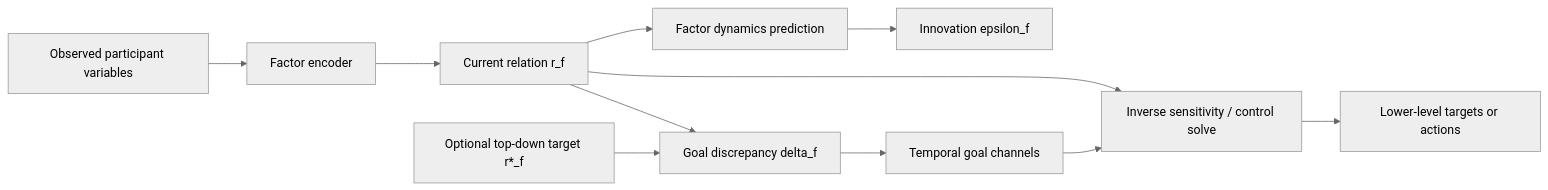
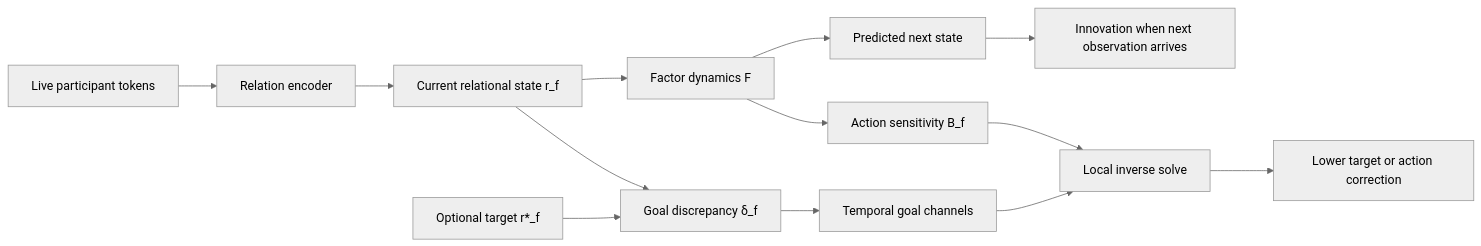
Before and after one commit to spencerbug/spencerbug.github.io: the fourth of 8 diagrams in _posts/2026-08-22-predictive-control-factor-hierarchy.md, drawn with Mermaid (neutral theme). The commit also changed other lines of this file, not shown here.

Commit message:
Clarify PCFH factor semantics, repetition, and scaling

````diff
--- a/_posts/2026-08-22-predictive-control-factor-hierarchy.md
+++ b/_posts/2026-08-22-predictive-control-factor-hierarchy.md
@@ -324,13 +538,15 @@
 ```mermaid
 flowchart LR
-    A[Observed participant variables] --> B[Factor encoder]
-    B --> C[Current relation r_f]
-    C --> D[Factor dynamics prediction]
-    D --> E[Innovation epsilon_f]
-    T[Optional top-down target r*_f] --> G[Goal discrepancy delta_f]
+    A[Live participant tokens] --> B[Relation encoder]
+    B --> C[Current relational state r_f]
+    C --> D[Factor dynamics F]
+    D --> E[Predicted next state]
+    E --> F[Innovation when next observation arrives]
+    T[Optional target r*_f] --> G[Goal discrepancy δ_f]
     C --> G
     G --> H[Temporal goal channels]
-    H --> I[Inverse sensitivity / control solve]
-    C --> I
-    I --> J[Lower-level targets or actions]
+    D --> I[Action sensitivity B_f]
+    H --> J[Local inverse solve]
+    I --> J
+    J --> K[Lower target or action correction]
 ```
````
